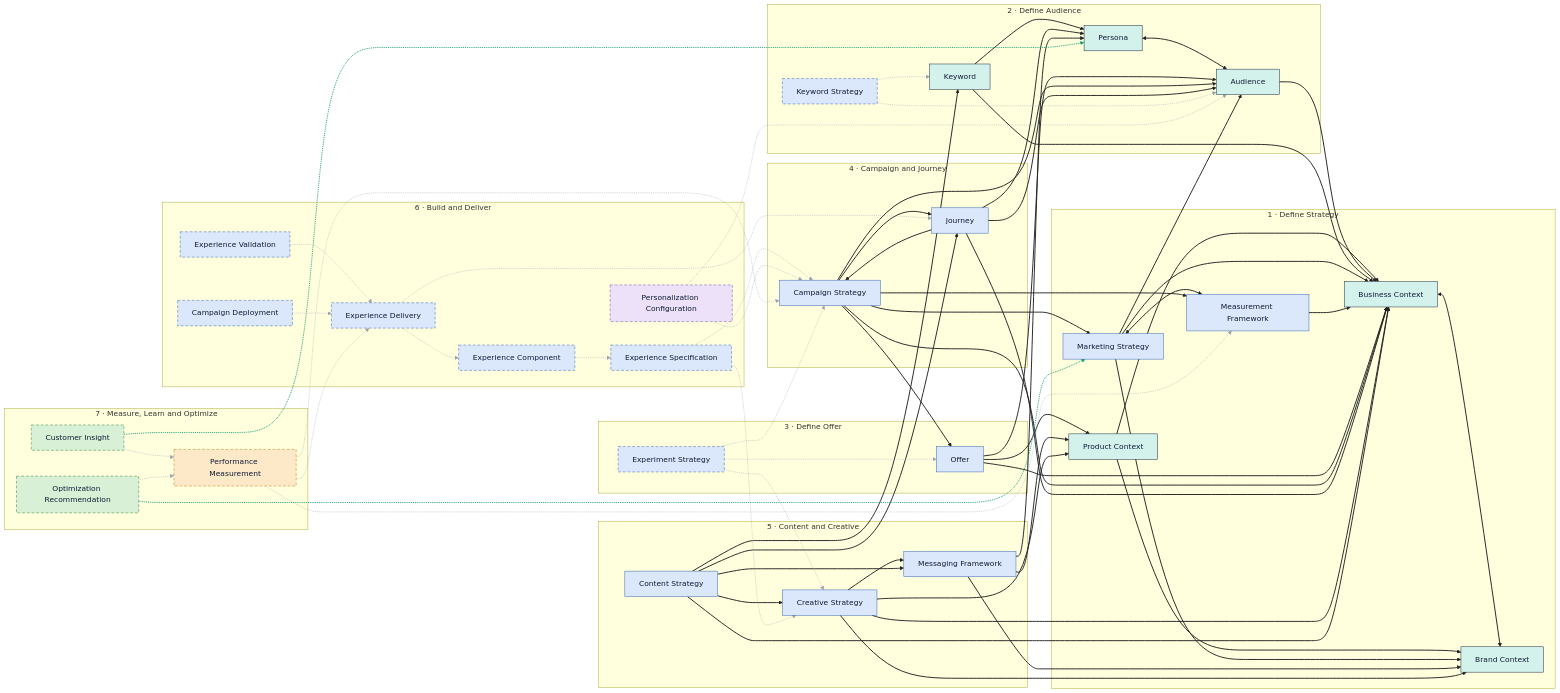
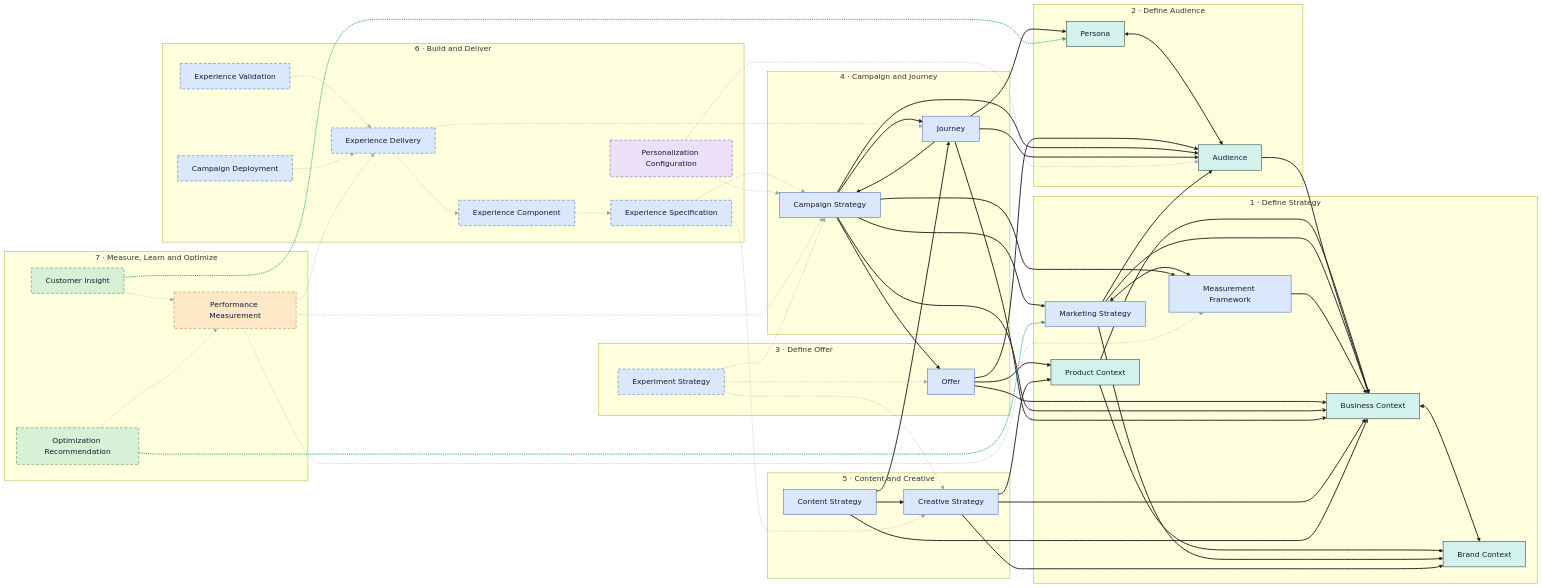
The diagram in GRAPH.md (open-semantic-marketing-model/osmm), drawn with Mermaid before and after one commit. The commit also changed other lines of this file and 27 other files, not shown here.

First line of the commit message:
Dissolve Keyword, Keyword Strategy, Messaging Framework into the Journey (v0.8; 25 -> 22)

````diff
--- a/GRAPH.md
+++ b/GRAPH.md
@@ -44,8 +44,6 @@
   subgraph p2["2 · Define Audience"]
     persona["Persona"]
     audience["Audience"]
-    keyword["Keyword"]
-    keyword_strategy["Keyword Strategy"]
   end
   subgraph p3["3 · Define Offer"]
     offer["Offer"]
@@ -56,7 +54,6 @@
     journey["Journey"]
   end
   subgraph p5["5 · Content and Creative"]
-    messaging_framework["Messaging Framework"]
     creative_strategy["Creative Strategy"]
     content_strategy["Content Strategy"]
   end
@@ -78,8 +75,6 @@
   product_context --> brand_context
   persona <--> audience
   audience --> business_context
-  keyword --> persona
-  keyword --> business_context
   marketing_strategy --> business_context
   marketing_strategy --> brand_context
   marketing_strategy --> audience
@@ -98,20 +93,12 @@
   journey --> audience
   journey --> persona
   journey --> business_context
-  messaging_framework --> persona
-  messaging_framework --> product_context
-  messaging_framework --> brand_context
-  creative_strategy --> messaging_framework
   creative_strategy --> brand_context
   creative_strategy --> product_context
   creative_strategy --> business_context
-  content_strategy --> messaging_framework
   content_strategy --> creative_strategy
-  content_strategy --> keyword
   content_strategy --> journey
   content_strategy --> business_context
-  keyword_strategy -.-> keyword
-  keyword_strategy -.-> audience
   experiment_strategy -.-> offer
   experiment_strategy -.-> campaign_strategy
   experiment_strategy -.-> creative_strategy
@@ -137,13 +124,13 @@
   classDef measurement fill:#fde8c8,stroke:#b87811,color:#0f1b35;
   classDef learning fill:#d8f0d6,stroke:#2e7d32,color:#0f1b35;
   classDef backlog stroke-dasharray:6 4;
-  class business_context,brand_context,product_context,persona,audience,keyword context;
-  class marketing_strategy,measurement_framework,keyword_strategy,offer,experiment_strategy,campaign_strategy,journey,messaging_framework,creative_strategy,content_strategy,experience_specification,experience_component,experience_delivery,experience_validation,campaign_deployment workproduct;
+  class business_context,brand_context,product_context,persona,audience context;
+  class marketing_strategy,measurement_framework,offer,experiment_strategy,campaign_strategy,journey,creative_strategy,content_strategy,experience_specification,experience_component,experience_delivery,experience_validation,campaign_deployment workproduct;
   class personalization_configuration configuration;
   class performance_measurement measurement;
   class customer_insight,optimization_recommendation learning;
-  class keyword_strategy,experiment_strategy,experience_specification,experience_component,personalization_configuration,experience_delivery,experience_validation,campaign_deployment,performance_measurement,customer_insight,optimization_recommendation backlog;
-  linkStyle 0,1,2,3,4,5,6,7,8,9,10,11,12,13,14,15,16,17,18,19,20,21,22,23,24,25,26,27,28,29,30,31,32,33,34,35,36 stroke:#222222,stroke-width:2px;
-  linkStyle 37,38,39,40,41,42,43,44,45,46,47,48,49,50,51,52,53,54,55 stroke:#9aa3af,stroke-width:1px;
-  linkStyle 56,57 stroke:#1aa179,stroke-width:2px;
+  class experiment_strategy,experience_specification,experience_component,personalization_configuration,experience_delivery,experience_validation,campaign_deployment,performance_measurement,customer_insight,optimization_recommendation backlog;
+  linkStyle 0,1,2,3,4,5,6,7,8,9,10,11,12,13,14,15,16,17,18,19,20,21,22,23,24,25,26,27,28 stroke:#222222,stroke-width:2px;
+  linkStyle 29,30,31,32,33,34,35,36,37,38,39,40,41,42,43,44,45 stroke:#9aa3af,stroke-width:1px;
+  linkStyle 46,47 stroke:#1aa179,stroke-width:2px;
 ```
````
